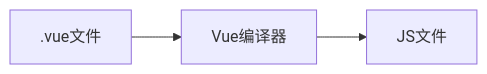
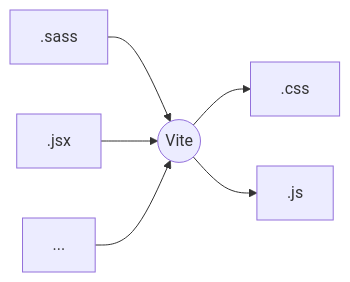
One commit to Cubxx/Blog changed the second of 3 diagrams in docs/-Programing/for-beginner/web开发.md. Above: the diagram before and after it, drawn with Mermaid. The commit also changed other lines of this file and 6 other files, not shown here.

````diff
--- a/docs/-Programing/for-beginner/web开发.md
+++ b/docs/-Programing/for-beginner/web开发.md
@@ -80,4 +85,4 @@
 ```mermaid
 graph LR
-.vue文件 --> Vue编译器 --> JS文件
+.sass & .jsx & ... --> v((Vite)) --> .css & .js
 ```
````
